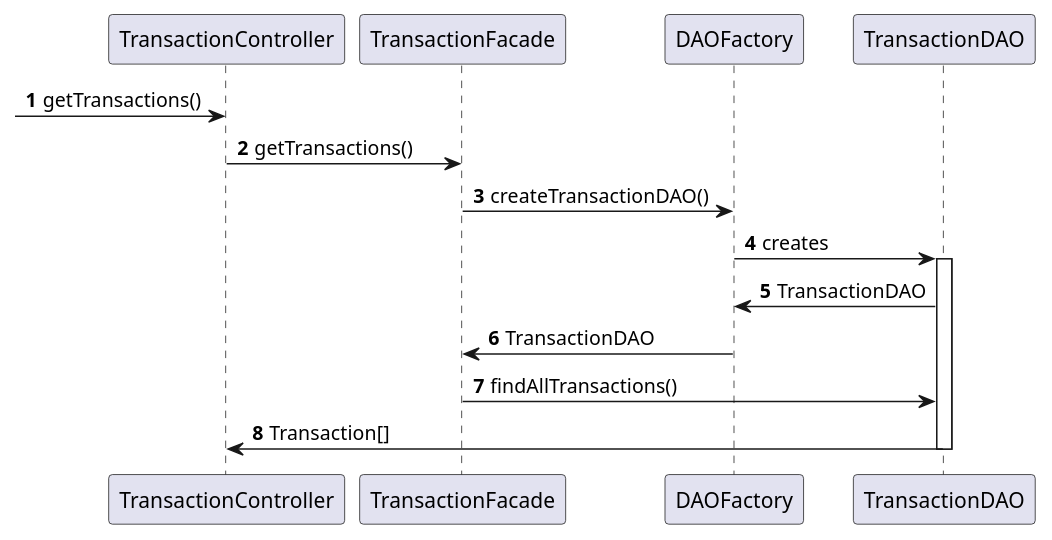
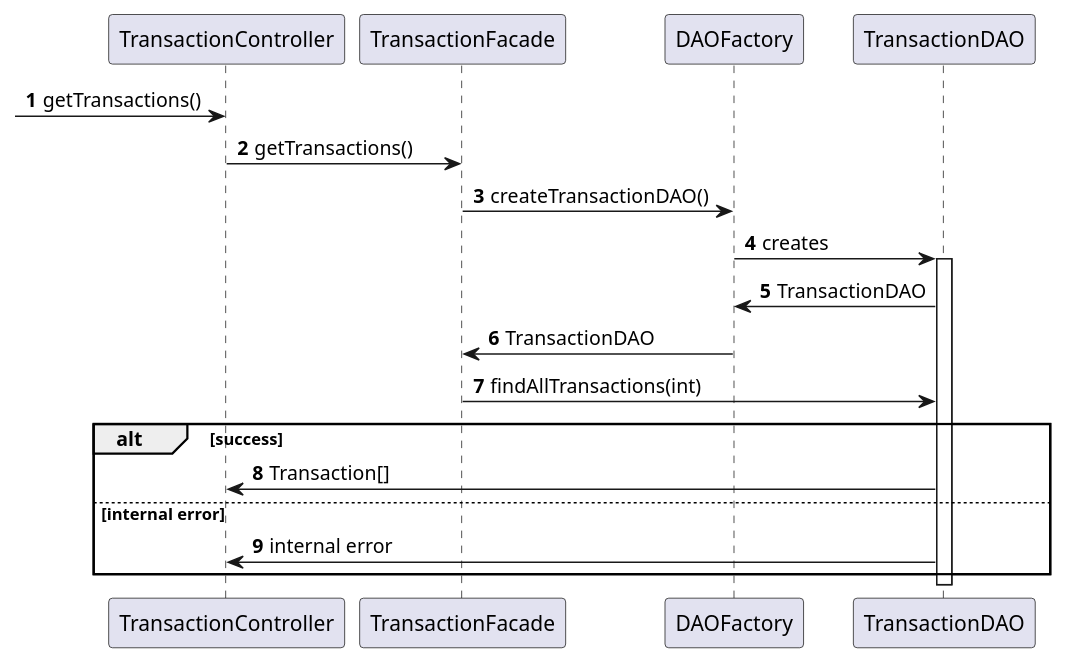
One commit to Julien-Wiegandt/SplitPay changed the diagram in documentation/software_design/get_transactions/get_transactions_sequence_diagram.puml. Above: the diagram before and after it, drawn with PlantUML. The commit also changed 1 other file, not shown here.

```diff
--- a/documentation/software_design/get_transactions/get_transactions_sequence_diagram.puml
+++ b/documentation/software_design/get_transactions/get_transactions_sequence_diagram.puml
@@ -1,23 +1,28 @@
 @startuml
 
 autonumber
 
 
 [-> TransactionController : getTransactions()
 
 TransactionController -> TransactionFacade: getTransactions()
 
 TransactionFacade -> DAOFactory: createTransactionDAO()
 DAOFactory -> TransactionDAO : creates
 
 activate TransactionDAO
 
 TransactionDAO -> DAOFactory : TransactionDAO
 DAOFactory -> TransactionFacade : TransactionDAO
-TransactionFacade -> TransactionDAO : findAllTransactions()
+TransactionFacade -> TransactionDAO : findAllTransactions(int)
+
+alt success
 TransactionDAO -> TransactionController : Transaction[]
+else internal error
+TransactionDAO -> TransactionController : internal error
+end
 
 deactivate TransactionDAO
 
 
 @enduml
```
